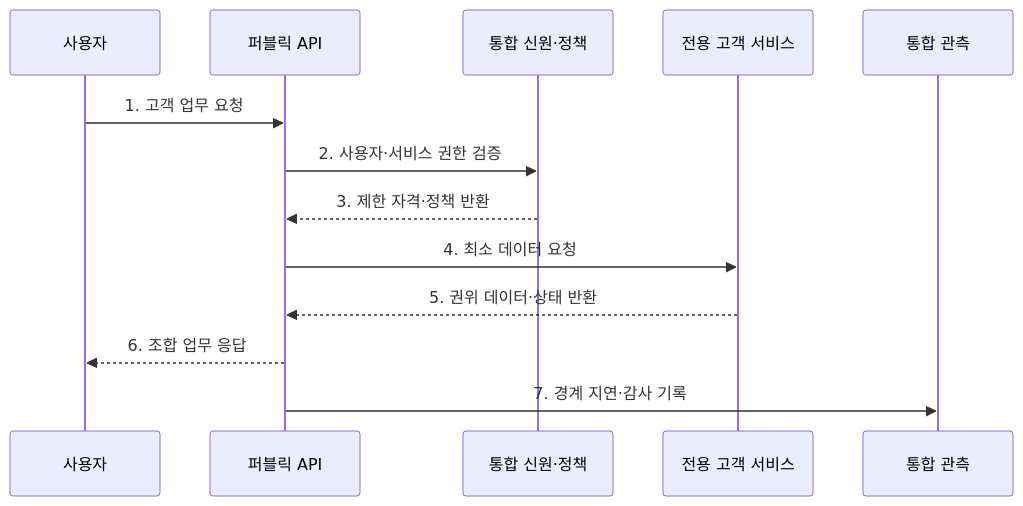
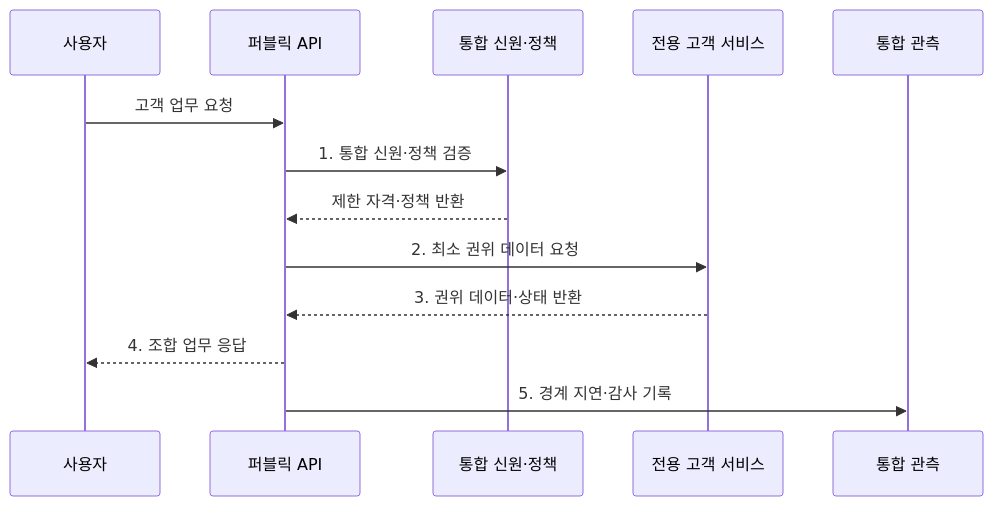
The second of 2 diagrams in src/content/docs/notes/03-software/144_hybrid_cloud.md (agnusdei1207/knowledge-base), drawn with Mermaid before and after one commit. The commit also changed other lines of this file and 238 other files, not shown here.

````diff
--- a/src/content/docs/notes/03-software/144_hybrid_cloud.md
+++ b/src/content/docs/notes/03-software/144_hybrid_cloud.md
@@ -81,15 +81,15 @@
 ```mermaid
 sequenceDiagram
     participant U as 사용자
     participant P as 퍼블릭 API
     participant I as 통합 신원·정책
     participant R as 전용 고객 서비스
     participant O as 통합 관측
-    U->>P: 1. 고객 업무 요청
-    P->>I: 2. 사용자·서비스 권한 검증
-    I-->>P: 3. 제한 자격·정책 반환
-    P->>R: 4. 최소 데이터 요청
-    R-->>P: 5. 권위 데이터·상태 반환
-    P-->>U: 6. 조합 업무 응답
-    P->>O: 7. 경계 지연·감사 기록
+    U->>P: 고객 업무 요청
+    P->>I: 1. 통합 신원·정책 검증
+    I-->>P: 제한 자격·정책 반환
+    P->>R: 2. 최소 권위 데이터 요청
+    R-->>P: 3. 권위 데이터·상태 반환
+    P-->>U: 4. 조합 업무 응답
+    P->>O: 5. 경계 지연·감사 기록
 ```
````
